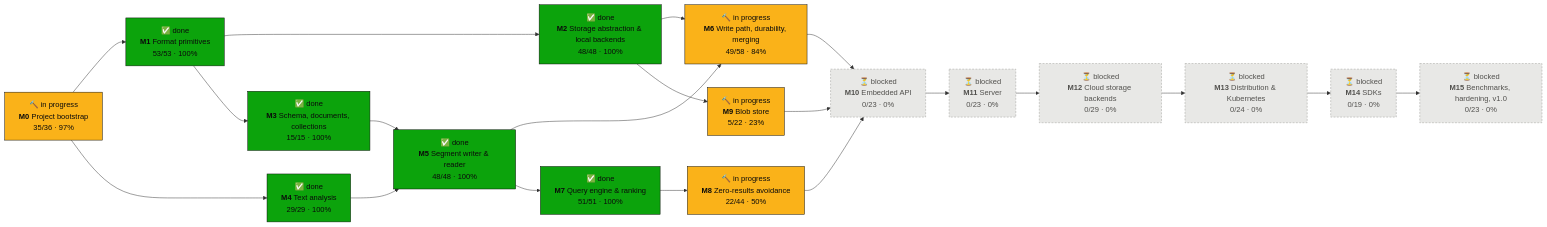
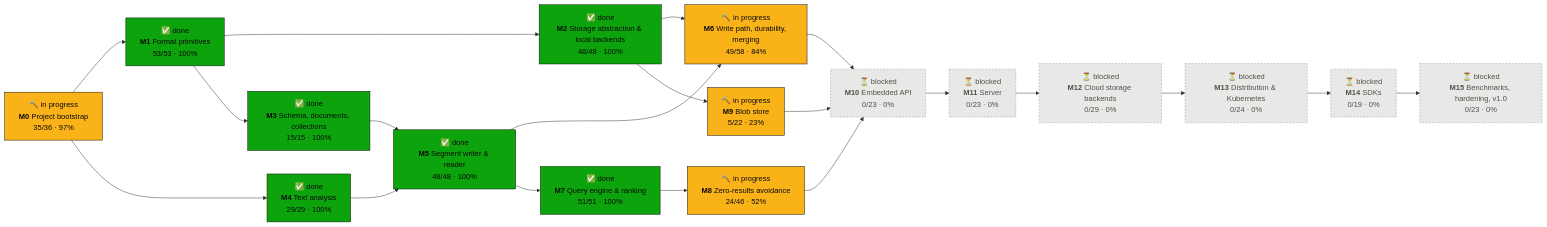
One commit to tomiok/persiaDB changed the first of 2 diagrams in PROGRESS.md. Above: the diagram before and after it, drawn with Mermaid. The commit also changed other lines of this file and 42 other files, not shown here.

First line of the commit message:
L5 fallback (static rank, then index recency, flagged) and the hit-step response (ROADMAP 8.2.5, 8.1.22) (#96)

````diff
--- a/PROGRESS.md
+++ b/PROGRESS.md
@@ -16,42 +16,42 @@
 ```mermaid
 flowchart LR
   M0["🔨 in progress<br/><b>M0</b> Project bootstrap<br/>35/36 · 97%"]:::doing
   M1["✅ done<br/><b>M1</b> Format primitives<br/>53/53 · 100%"]:::done
   M2["✅ done<br/><b>M2</b> Storage abstraction & local backends<br/>48/48 · 100%"]:::done
   M3["✅ done<br/><b>M3</b> Schema, documents, collections<br/>15/15 · 100%"]:::done
   M4["✅ done<br/><b>M4</b> Text analysis<br/>29/29 · 100%"]:::done
   M5["✅ done<br/><b>M5</b> Segment writer & reader<br/>48/48 · 100%"]:::done
   M6["🔨 in progress<br/><b>M6</b> Write path, durability, merging<br/>49/58 · 84%"]:::doing
   M7["✅ done<br/><b>M7</b> Query engine & ranking<br/>51/51 · 100%"]:::done
-  M8["🔨 in progress<br/><b>M8</b> Zero-results avoidance<br/>22/44 · 50%"]:::doing
+  M8["🔨 in progress<br/><b>M8</b> Zero-results avoidance<br/>24/46 · 52%"]:::doing
   M9["🔨 in progress<br/><b>M9</b> Blob store<br/>5/22 · 23%"]:::doing
   M10["⏳ blocked<br/><b>M10</b> Embedded API<br/>0/23 · 0%"]:::blocked
   M11["⏳ blocked<br/><b>M11</b> Server<br/>0/23 · 0%"]:::blocked
   M12["⏳ blocked<br/><b>M12</b> Cloud storage backends<br/>0/29 · 0%"]:::blocked
   M13["⏳ blocked<br/><b>M13</b> Distribution & Kubernetes<br/>0/24 · 0%"]:::blocked
   M14["⏳ blocked<br/><b>M14</b> SDKs<br/>0/19 · 0%"]:::blocked
   M15["⏳ blocked<br/><b>M15</b> Benchmarks, hardening, v1.0<br/>0/23 · 0%"]:::blocked
   M0 --> M1
   M1 --> M2
   M1 --> M3
   M0 --> M4
   M3 --> M5
   M4 --> M5
   M2 --> M6
   M5 --> M6
   M5 --> M7
   M7 --> M8
   M2 --> M9
   M6 --> M10
   M8 --> M10
   M9 --> M10
   M10 --> M11
   M11 --> M12
   M12 --> M13
   M13 --> M14
   M14 --> M15
   classDef done fill:#0ca30c,stroke:#0b0b0b,color:#0b0b0b
   classDef doing fill:#fab219,stroke:#0b0b0b,color:#0b0b0b
   classDef ready fill:#fcfcfb,stroke:#0b0b0b,stroke-width:2px,color:#0b0b0b
   classDef blocked fill:#e8e8e6,stroke:#9a9a96,stroke-dasharray:4 3,color:#52514e
 ```
````
